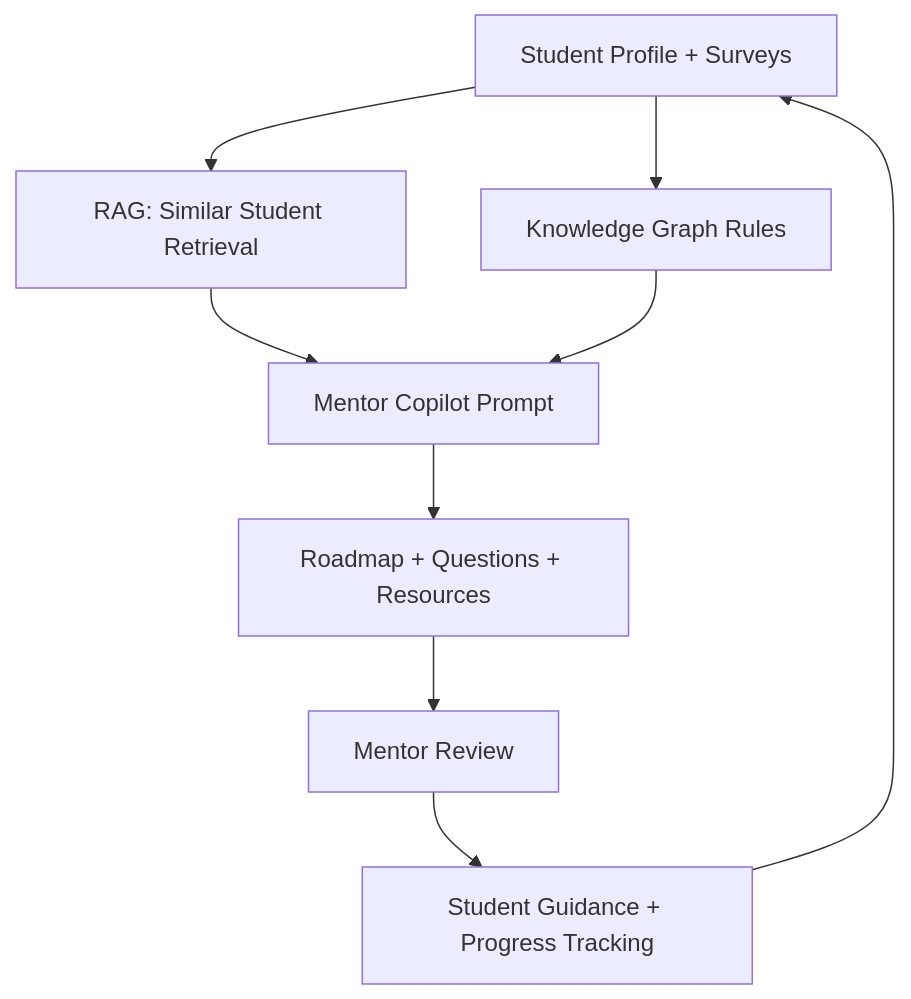
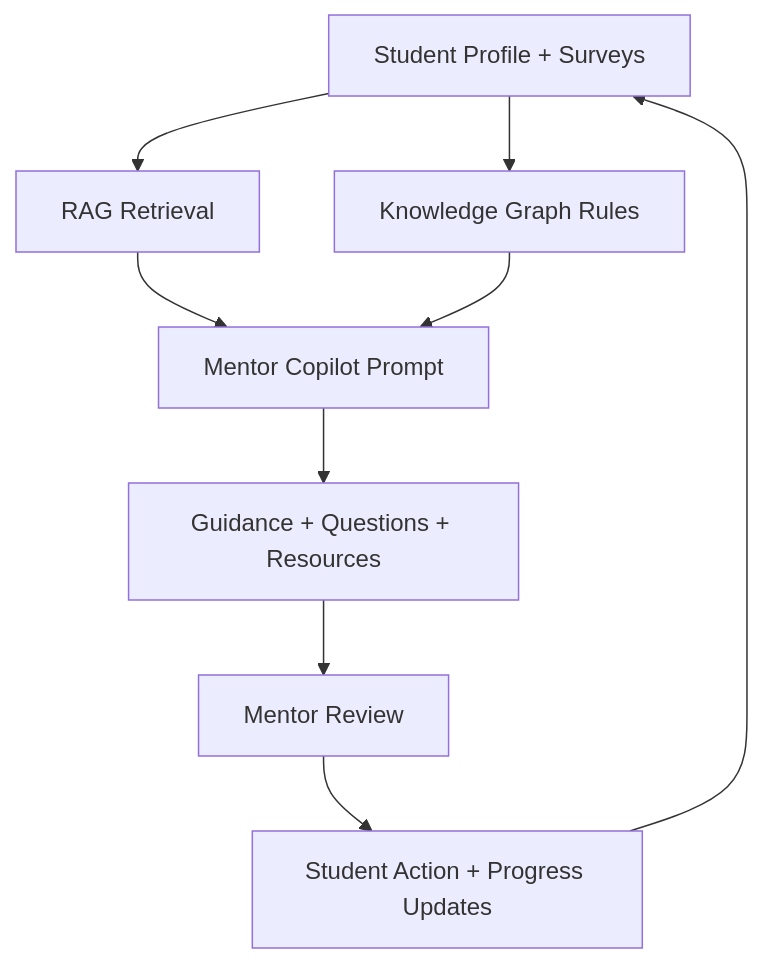
Before and after one commit to ananyalayek/graph-rag-mentor-copilot: the second of 3 diagrams in README.md, drawn with Mermaid. The commit also changed other lines of this file, not shown here.

Commit message:
docs: add process flow diagram

````diff
--- a/README.md
+++ b/README.md
@@ -60,11 +56,11 @@
-    ```mermaid
-    flowchart TD
-        A[Student Profile + Surveys] --> B[RAG: Similar Student Retrieval]
-        A --> C[Knowledge Graph Rules]
-        B --> D[Mentor Copilot Prompt]
-        C --> D
-        D --> E[Roadmap + Questions + Resources]
-        E --> F[Mentor Review]
-        F --> G[Student Guidance + Progress Tracking]
-        G --> A
-    ```
+```mermaid
+flowchart TD
+S[Student Profile + Surveys] --> R[RAG Retrieval]
+S --> K[Knowledge Graph Rules]
+R --> P[Mentor Copilot Prompt]
+K --> P
+P --> O[Guidance + Questions + Resources]
+O --> M[Mentor Review]
+M --> G[Student Action + Progress Updates]
+G --> S
+```
````
